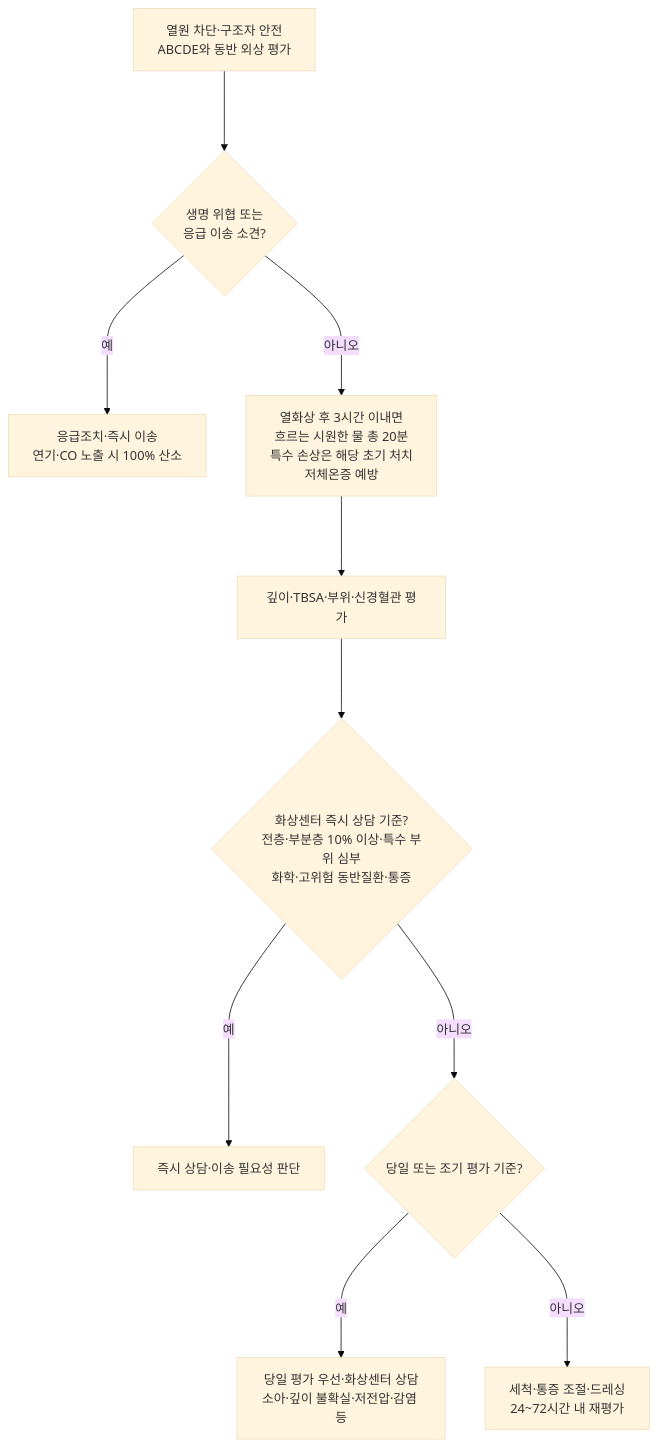
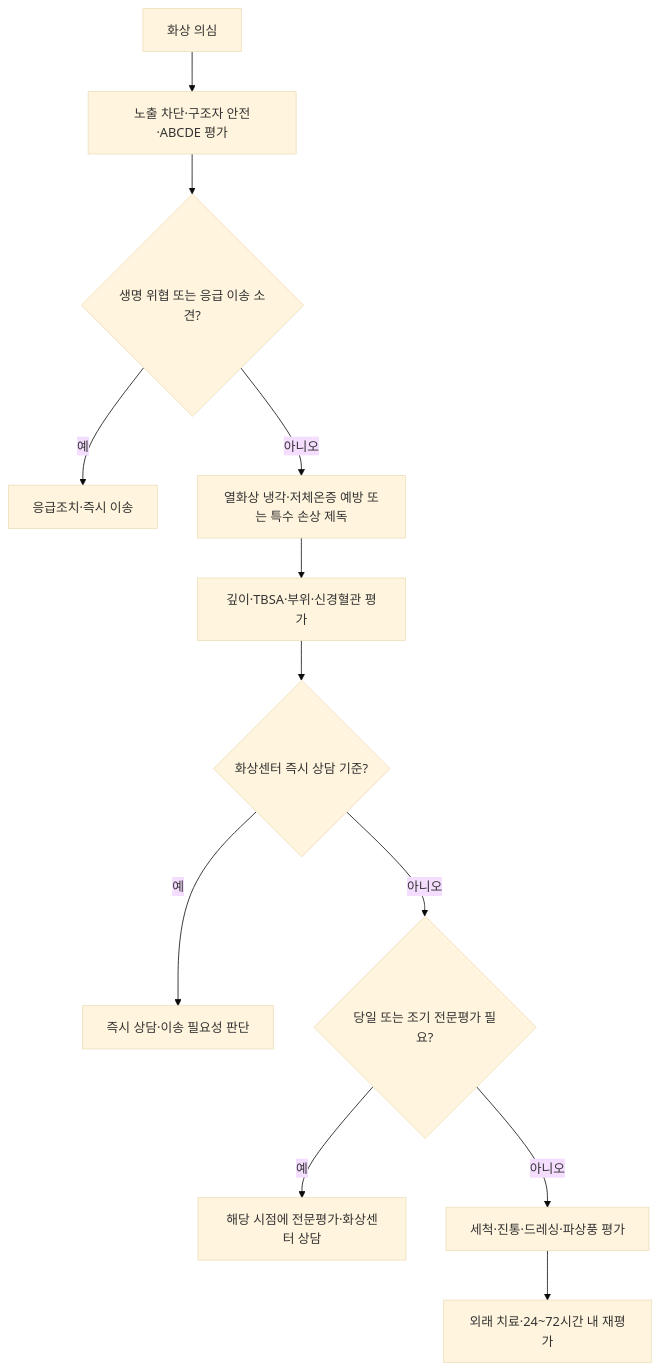
The diagram in 230_/206_-burn.md (familyoh77/familyoh77), drawn with Mermaid (base theme) before and after one commit. The commit also changed other lines of this file and 5 other files, not shown here.

````diff
--- a/230_/206_-burn.md
+++ b/230_/206_-burn.md
@@ -100,12 +103,14 @@
 ```mermaid
 flowchart TB
-    A[열원 차단·구조자 안전<br>ABCDE와 동반 외상 평가] ---> B{생명 위협 또는<br>응급 이송 소견?}
-    B --->|예| C[응급조치·즉시 이송<br>연기·CO 노출 시 100% 산소]
-    B --->|아니오| D[열화상 후 3시간 이내면<br>흐르는 시원한 물 총 20분<br>특수 손상은 해당 초기 처치<br>저체온증 예방]
-    D ---> E[깊이·TBSA·부위·신경혈관 평가]
-    E ---> F{화상센터 즉시 상담 기준?<br>전층·부분층 10% 이상·특수 부위 심부<br>화학·고위험 동반질환·통증}
-    F --->|예| G[즉시 상담·이송 필요성 판단]
-    F --->|아니오| H{당일 또는 조기 평가 기준?}
-    H --->|예| I[당일 평가 우선·화상센터 상담<br>소아·깊이 불확실·저전압·감염 등]
-    H --->|아니오| J[세척·통증 조절·드레싱<br>24~72시간 내 재평가]
+    A["화상 의심"] --> B["노출 차단·구조자 안전·ABCDE 평가"]
+    B --> C{"생명 위협 또는 응급 이송 소견?"}
+    C -->|예| D["응급조치·즉시 이송"]
+    C -->|아니오| E["열화상 냉각·저체온증 예방 또는 특수 손상 제독"]
+    E --> F["깊이·TBSA·부위·신경혈관 평가"]
+    F --> G{"화상센터 즉시 상담 기준?"}
+    G -->|예| H["즉시 상담·이송 필요성 판단"]
+    G -->|아니오| I{"당일 또는 조기 전문평가 필요?"}
+    I -->|예| J["해당 시점에 전문평가·화상센터 상담"]
+    I -->|아니오| K["세척·진통·드레싱·파상풍 평가"]
+    K --> L["외래 치료·24~72시간 내 재평가"]
 ```
````
